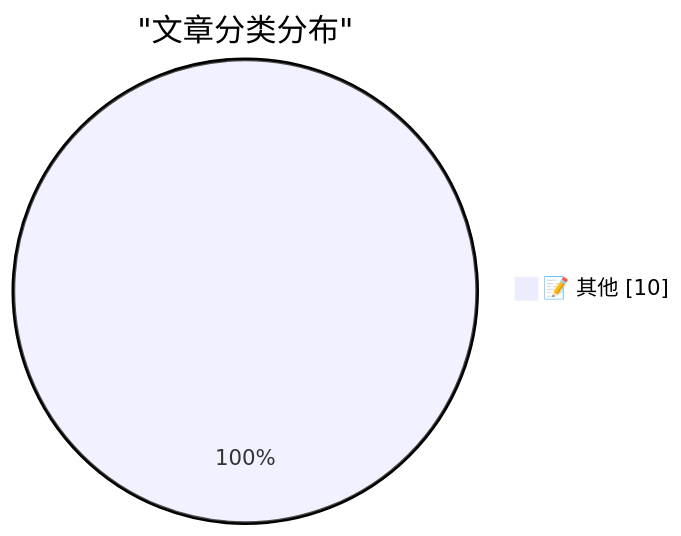
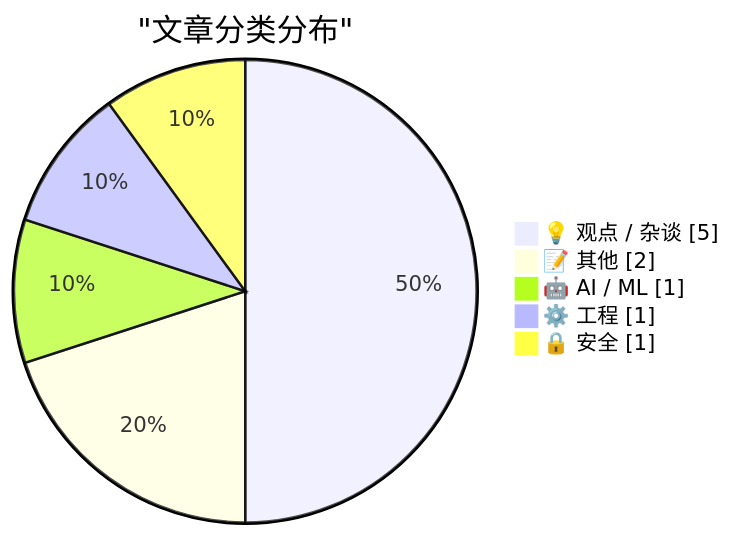
The first of 2 diagrams in content/ai-daily/2026-06-13.md (originem0/SZBlog), drawn with Mermaid before and after one commit. The commit also changed other lines of this file, not shown here.

````diff
--- a/content/ai-daily/2026-06-13.md
+++ b/content/ai-daily/2026-06-13.md
@@ -42,5 +60,9 @@
 ```mermaid
 pie showData
     title "文章分类分布"
-    "📝 其他" : 10
+    "💡 观点 / 杂谈" : 5
+    "📝 其他" : 2
+    "🤖 AI / ML" : 1
+    "⚙️ 工程" : 1
+    "🔒 安全" : 1
 ```
````
